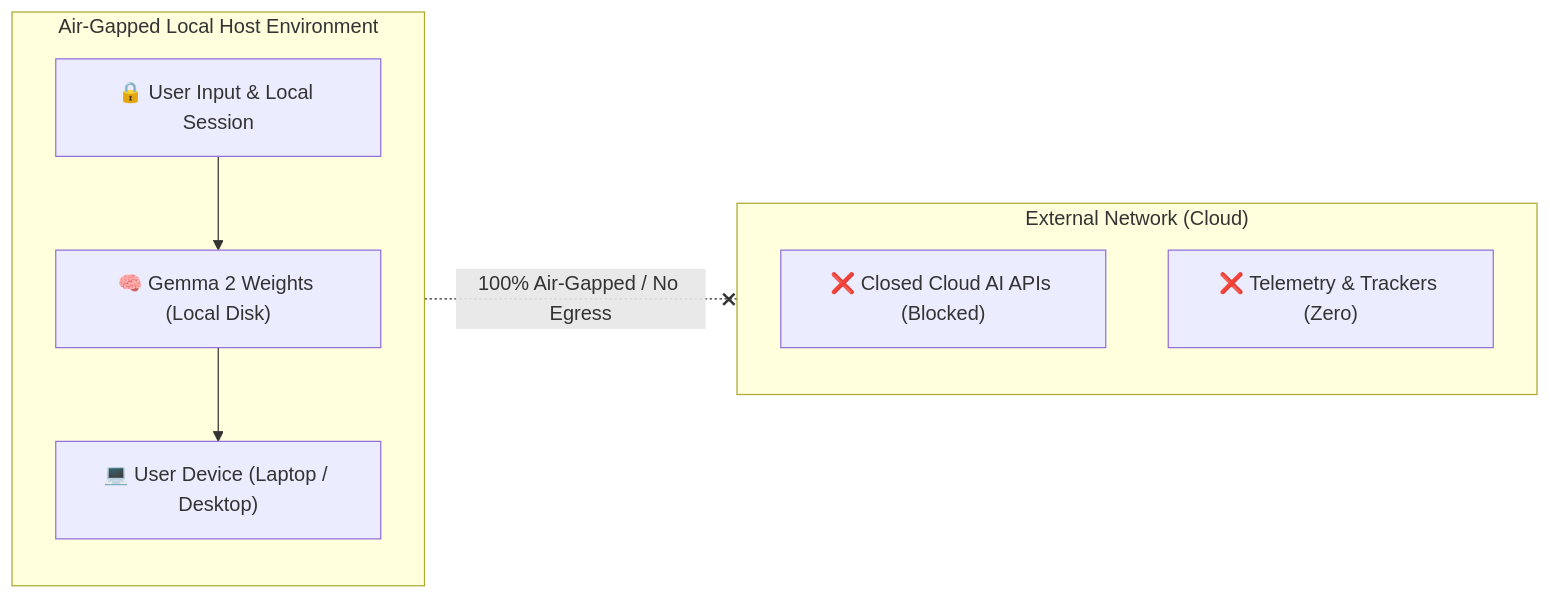
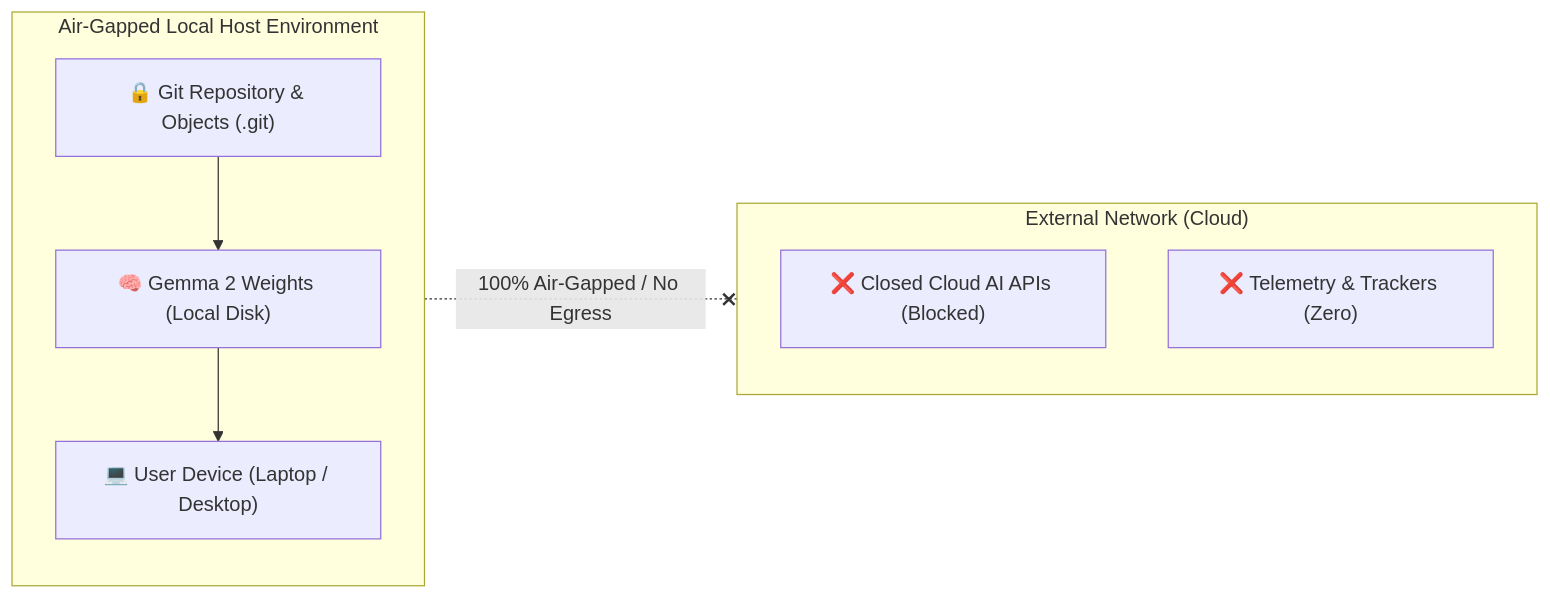
The third of 3 diagrams in ARCHITECTURE.md (XiaoArnav/necrogit), drawn with Mermaid before and after one commit. The commit also changed other lines of this file and 3 other files, not shown here.

````diff
--- a/ARCHITECTURE.md
+++ b/ARCHITECTURE.md
@@ -92,18 +98,18 @@
 ```mermaid
 flowchart LR
     subgraph LocalMachine ["Air-Gapped Local Host Environment"]
         UserDevice["💻 User Device (Laptop / Desktop)"]
-        LocalData["🔒 User Input & Local Session"]
+        LocalRepo["🔒 Git Repository & Objects (.git)"]
         GemmaModel["🧠 Gemma 2 Weights (Local Disk)"]
         
-        LocalData --> GemmaModel
+        LocalRepo --> GemmaModel
         GemmaModel --> UserDevice
     end
 
     subgraph ExternalWeb ["External Network (Cloud)"]
         CloudMonopolies["❌ Closed Cloud AI APIs (Blocked)"]
         Tracking["❌ Telemetry & Trackers (Zero)"]
     end
 
     LocalMachine -.-x|100% Air-Gapped / No Egress| ExternalWeb
 ```
````
